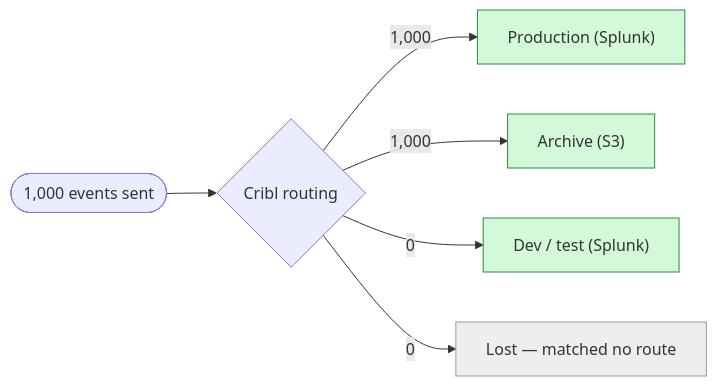
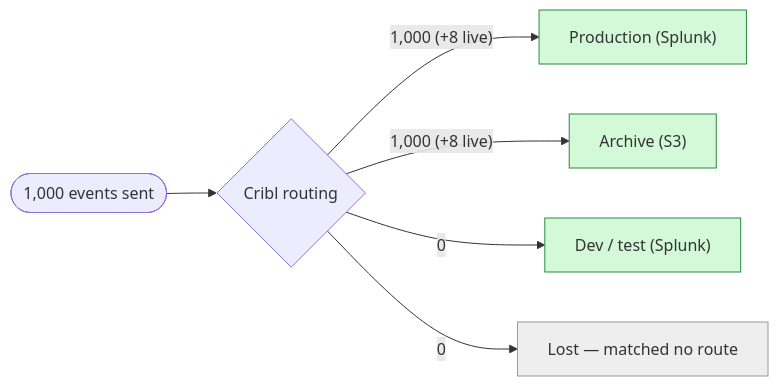
Before and after one commit to JacobPEvans-personal/cc-stream-zscaler-incident-test: the first of 9 diagrams in REPORT.md, drawn with Mermaid. The commit also changed other lines of this file and 11 other files, not shown here.

````diff
--- a/REPORT.md
+++ b/REPORT.md
@@ -37,12 +41,12 @@
 ```mermaid
 flowchart LR
   IN(["1,000 events sent"]) --> C{"Cribl routing"}
-  C -->|"1,000"| prod["Production (Splunk)"]
+  C -->|"1,000 (+8 live)"| prod["Production (Splunk)"]
   style prod fill:#d3f9d8,stroke:#2b8a3e
-  C -->|"1,000"| s3["Archive (S3)"]
+  C -->|"1,000 (+8 live)"| s3["Archive (S3)"]
   style s3 fill:#d3f9d8,stroke:#2b8a3e
   C -->|"0"| dev["Dev / test (Splunk)"]
   style dev fill:#d3f9d8,stroke:#2b8a3e
   C -->|"0"| default["Lost — matched no route"]
   style default fill:#eee,stroke:#999
 ```
````
